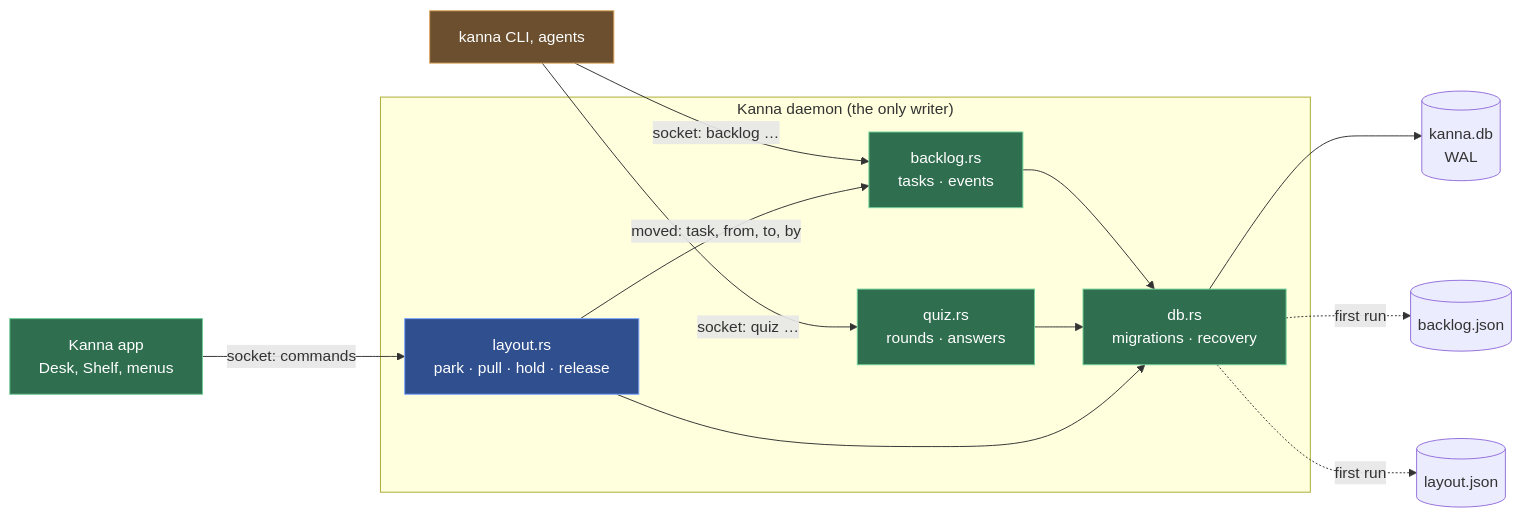
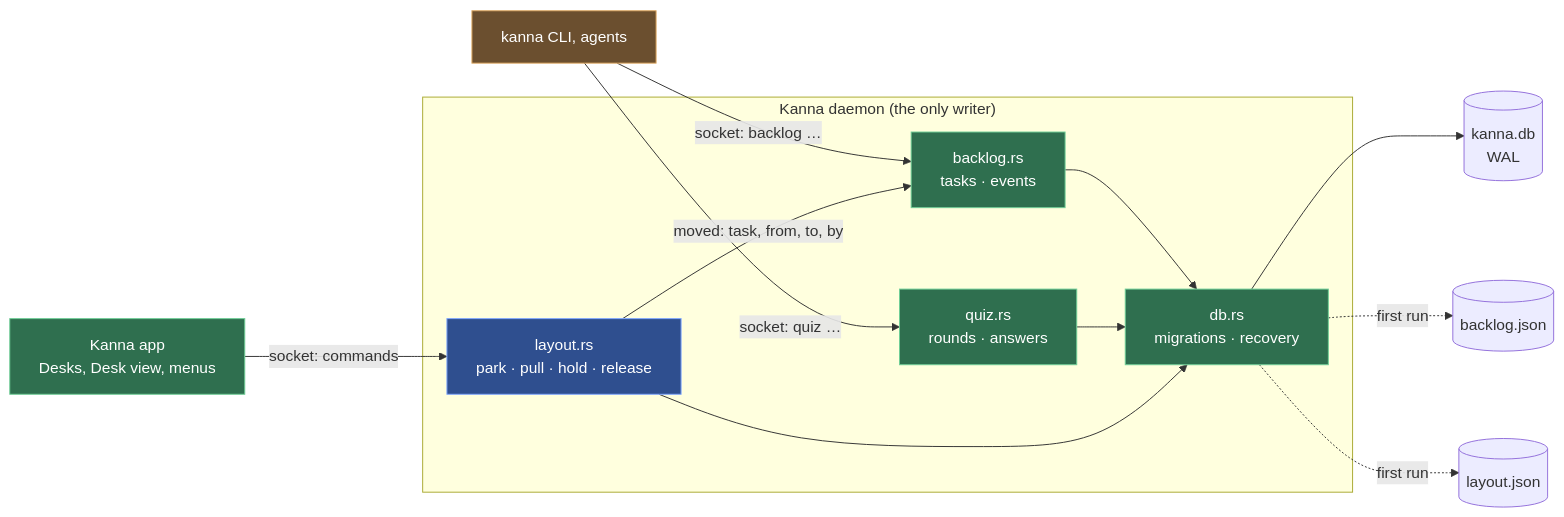
Before and after one commit to tampopogk/kanna: the first of 2 diagrams in docs/specs/database.md, drawn with Mermaid. The commit also changed other lines of this file and 51 other files, not shown here.

Commit message:
Specs: Desk and Shelf, the Desk view, pick, shelve, activate, park; backlog-runners → shelf-runners, backlog-search → shelf-search, shelve-latency → move-to-desk-latency

````diff
--- a/docs/specs/database.md
+++ b/docs/specs/database.md
@@ -7,21 +16,21 @@
 ```mermaid
 flowchart LR
     CLI["kanna CLI, agents"] -->|"socket: backlog …"| D
     CLI -->|"socket: quiz …"| Q
-    APP["Kanna app<br/>Desk, Shelf, menus"] -->|"socket: commands"| OWN
+    APP["Kanna app<br/>Desks, Desk view, menus"] -->|"socket: commands"| OWN
     subgraph DP["Kanna daemon (the only writer)"]
         D["backlog.rs<br/>tasks · events"] --> DB["db.rs<br/>migrations · recovery"]
         Q["quiz.rs<br/>rounds · answers"] --> DB
         OWN["layout.rs<br/>park · pull · hold · release"] -->|"moved: task, from, to, by"| D
         OWN --> DB
     end
     DB --> F[("kanna.db<br/>WAL")]
     DB -. "first run" .-> J[("backlog.json")]
     DB -. "first run" .-> L[("layout.json")]
     classDef kanna fill:#2f6f4f,stroke:#6fcf97,color:#ffffff
     classDef kmux fill:#2f4f8f,stroke:#7fa7ff,color:#ffffff
     classDef ext fill:#6b4f2f,stroke:#e0a960,color:#ffffff
     class APP,D,Q,DB kanna
     class OWN kmux
     class CLI ext
 ```
````
